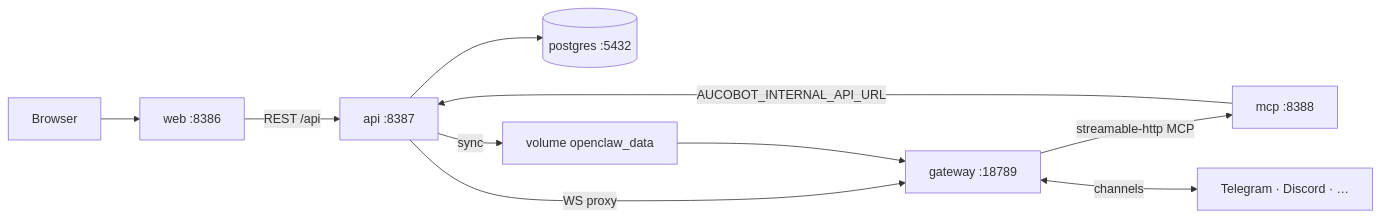
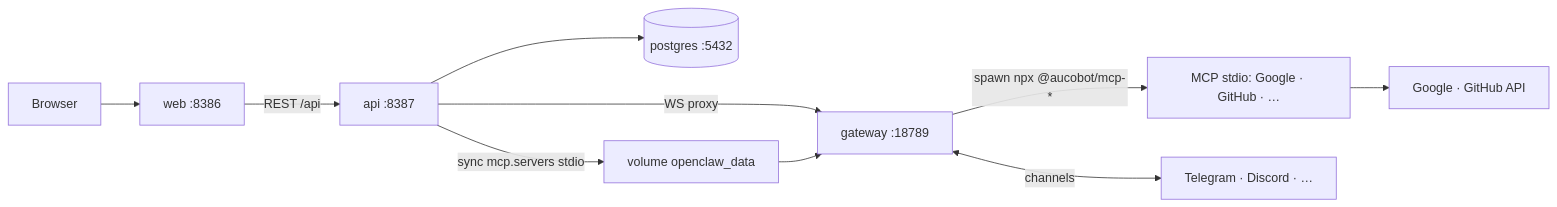
The first of 17 diagrams in workflow.md (mankhb2k/claw-dashboard), drawn with Mermaid before and after one commit. The commit also changed other lines of this file and 94 other files, not shown here.

Commit message:
update architecture

````diff
--- a/workflow.md
+++ b/workflow.md
@@ -74,12 +74,12 @@
 ```mermaid
 flowchart LR
   U[Browser] --> WEB[web :8386]
   WEB -->|REST /api| API[api :8387]
   API --> DB[(postgres :5432)]
-  API -->|sync| VOL[volume openclaw_data]
+  API -->|sync mcp.servers stdio| VOL[volume openclaw_data]
   API -->|WS proxy| GW[gateway :18789]
   VOL --> GW
-  GW -->|streamable-http MCP| MCP[mcp :8388]
-  MCP -->|AUCOBOT_INTERNAL_API_URL| API
+  GW -->|spawn npx @aucobot/mcp-*| TOOLS[MCP stdio: Google · GitHub · …]
+  TOOLS --> EXTAPI[Google · GitHub API]
   GW <-->|channels| EXT[Telegram · Discord · …]
 ```
````
